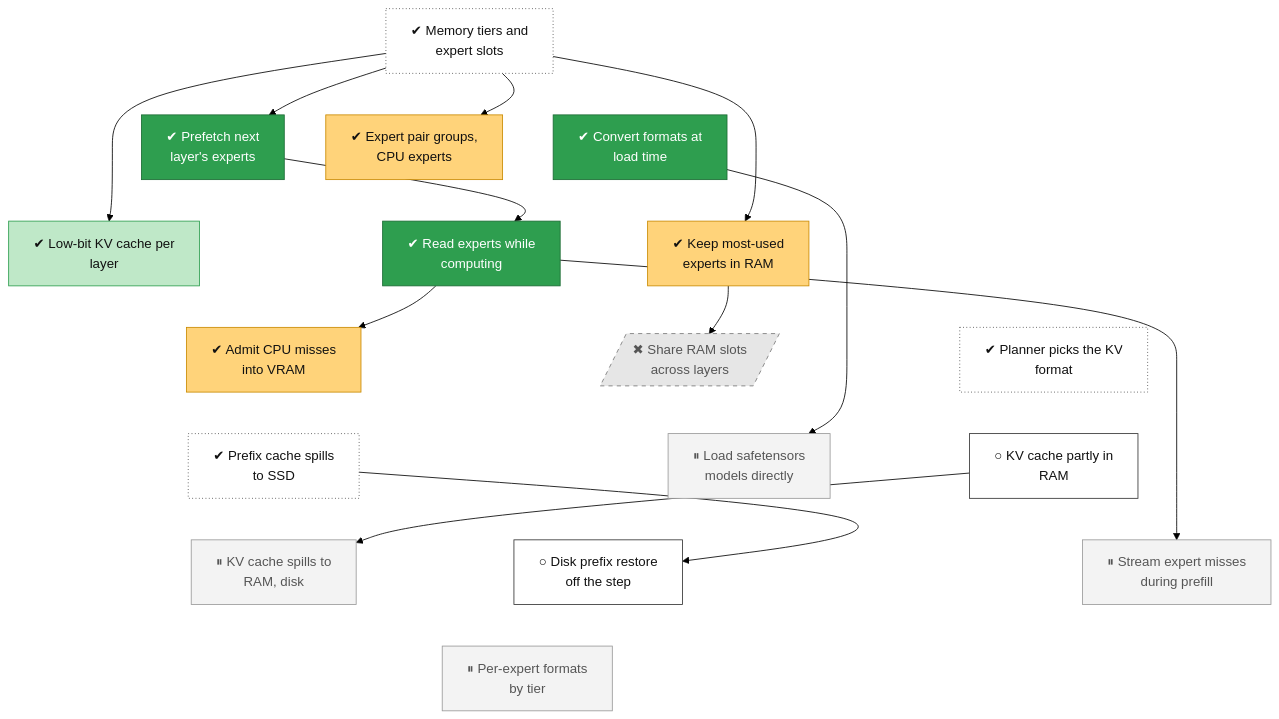
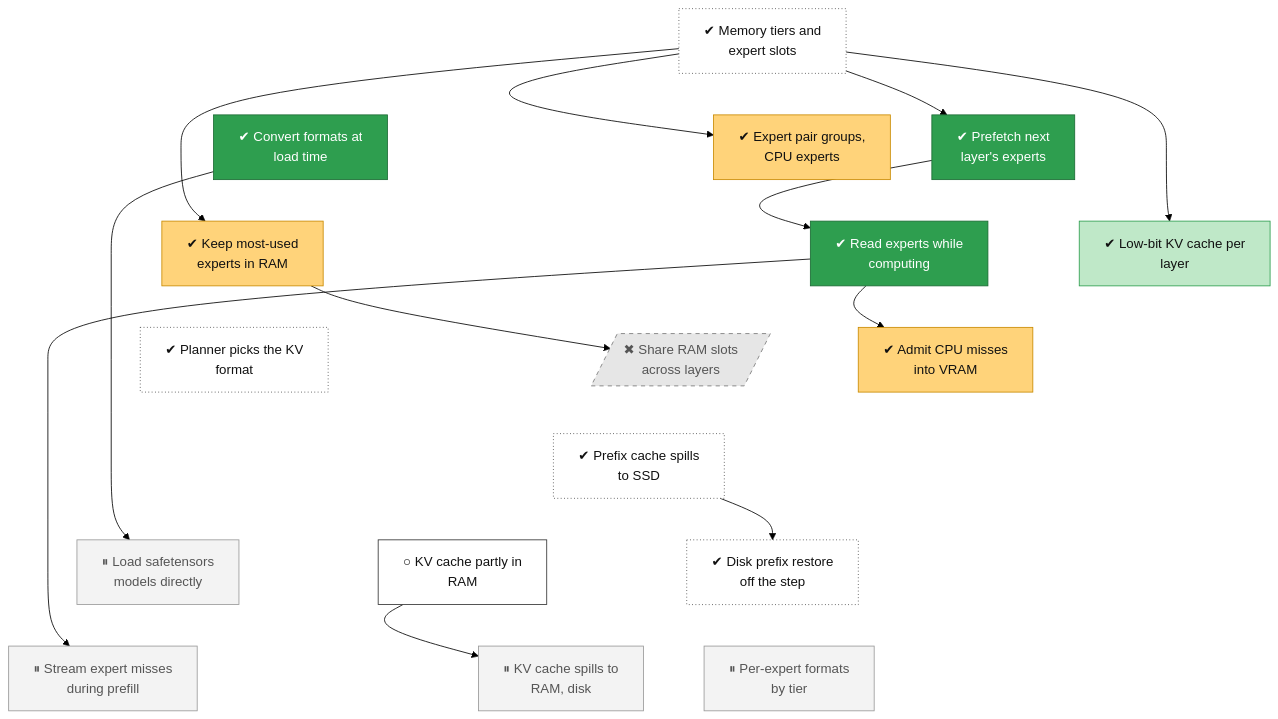
One commit to lhns/tetraeder changed the diagram in docs/roadmap/tracks/memory.md. Above: the diagram before and after it, drawn with Mermaid (forest theme). The commit also changed other lines of this file and 3 other files, not shown here.

Commit message:
Tree: memory-prefix-disk-async done, CI run 45115915312 green on Linux and Windows (after M2, ADR 0087 addendum; not measured)

````diff
--- a/docs/roadmap/tracks/memory.md
+++ b/docs/roadmap/tracks/memory.md
@@ -10,70 +10,70 @@
 ```mermaid
 flowchart TB
     memory_tiers["✔ Memory tiers and<br/>expert slots"]
     memory_pair_groups["✔ Expert pair groups,<br/>CPU experts"]
     memory_prefetch["✔ Prefetch next<br/>layer's experts"]
     memory_conversion["✔ Convert formats at<br/>load time"]
     memory_io_service["✔ Read experts while<br/>computing"]
     memory_low_bit_kv["✔ Low-bit KV cache per<br/>layer"]
     memory_ram_freq["✔ Keep most-used<br/>experts in RAM"]
     memory_adaptive_tier["✔ Admit CPU misses<br/>into VRAM"]
     memory_ram_pool[/"✖ Share RAM slots<br/>across layers"/]
     memory_kv_auto["✔ Planner picks the KV<br/>format"]
     memory_prefix_ssd["✔ Prefix cache spills<br/>to SSD"]
+    memory_prefix_disk_async["✔ Disk prefix restore<br/>off the step"]
     memory_safetensors["⏸ Load safetensors<br/>models directly"]
     memory_kv_host["○ KV cache partly in<br/>RAM"]
     memory_kv_tiers["⏸ KV cache spills to<br/>RAM, disk"]
-    memory_prefix_disk_async["○ Disk prefix restore<br/>off the step"]
     memory_prefill_misses["⏸ Stream expert misses<br/>during prefill"]
     memory_typed_slots["⏸ Per-expert formats<br/>by tier"]
     memory_tiers ~~~ memory_pair_groups
     memory_tiers ~~~ memory_prefetch
     memory_tiers ~~~ memory_conversion
     memory_pair_groups ~~~ memory_io_service
     memory_prefetch ~~~ memory_low_bit_kv
     memory_conversion ~~~ memory_ram_freq
     memory_io_service ~~~ memory_adaptive_tier
     memory_low_bit_kv ~~~ memory_ram_pool
     memory_ram_freq ~~~ memory_kv_auto
     memory_adaptive_tier ~~~ memory_prefix_ssd
-    memory_ram_pool ~~~ memory_safetensors
-    memory_kv_auto ~~~ memory_kv_host
-    memory_prefix_ssd ~~~ memory_kv_tiers
-    memory_safetensors ~~~ memory_prefix_disk_async
-    memory_kv_host ~~~ memory_prefill_misses
-    memory_kv_tiers ~~~ memory_typed_slots
-    memory_prefix_disk_async ~~~ memory_typed_slots
-    memory_prefill_misses ~~~ memory_typed_slots
+    memory_ram_pool ~~~ memory_prefix_ssd
+    memory_kv_auto ~~~ memory_prefix_ssd
+    memory_prefix_ssd ~~~ memory_prefix_disk_async
+    memory_prefix_ssd ~~~ memory_safetensors
+    memory_prefix_ssd ~~~ memory_kv_host
+    memory_prefix_disk_async ~~~ memory_kv_tiers
+    memory_safetensors ~~~ memory_prefill_misses
+    memory_kv_host ~~~ memory_typed_slots
     memory_tiers --> memory_pair_groups
     memory_tiers --> memory_prefetch
     memory_prefetch --> memory_io_service
     memory_tiers --> memory_low_bit_kv
     memory_tiers --> memory_ram_freq
     memory_io_service --> memory_adaptive_tier
     memory_ram_freq --> memory_ram_pool
+    memory_prefix_ssd --> memory_prefix_disk_async
     memory_conversion --> memory_safetensors
     memory_kv_host --> memory_kv_tiers
-    memory_prefix_ssd --> memory_prefix_disk_async
     memory_io_service --> memory_prefill_misses
     classDef vsucc fill:#2e9e4f,stroke:#1b6b34,color:#fff
     classDef succ fill:#bfe8c8,stroke:#2e9e4f,color:#111
     classDef mixed fill:#ffd37a,stroke:#c98a00,color:#111
     classDef bad fill:#f28b82,stroke:#b3261e,color:#111
     classDef dead fill:#e6e6e6,stroke:#777,stroke-dasharray:5 5,color:#555
     classDef inprog fill:#a8cdf5,stroke:#1f6fc5,color:#111
     classDef next fill:#fff,stroke:#333,color:#111
     classDef blocked fill:#fff,stroke:#b3261e,stroke-dasharray:2 2,color:#111
     classDef parked fill:#f3f3f3,stroke:#999,color:#555
     classDef unrated fill:#fff,stroke:#333,stroke-dasharray:1 3,color:#111
     classDef gate fill:#d9c2f0,stroke:#7b3fb5,color:#111
     classDef decided fill:#ece0f7,stroke:#7b3fb5,stroke-dasharray:2 2,color:#111
     classDef finding fill:#ffe0b2,stroke:#d84315,stroke-width:2px,color:#111
     classDef waiting fill:#e3f2fd,stroke:#1f6fc5,stroke-dasharray:5 5,color:#111
-    class memory_tiers,memory_kv_auto,memory_prefix_ssd unrated
+    class memory_tiers,memory_kv_auto,memory_prefix_ssd,memory_prefix_disk_async unrated
     class memory_pair_groups,memory_ram_freq,memory_adaptive_tier mixed
     class memory_prefetch,memory_conversion,memory_io_service vsucc
     class memory_low_bit_kv succ
     class memory_ram_pool dead
     class memory_safetensors,memory_kv_tiers,memory_prefill_misses,memory_typed_slots parked
-    class memory_kv_host,memory_prefix_disk_async next
+    class memory_kv_host next
 ```
````
